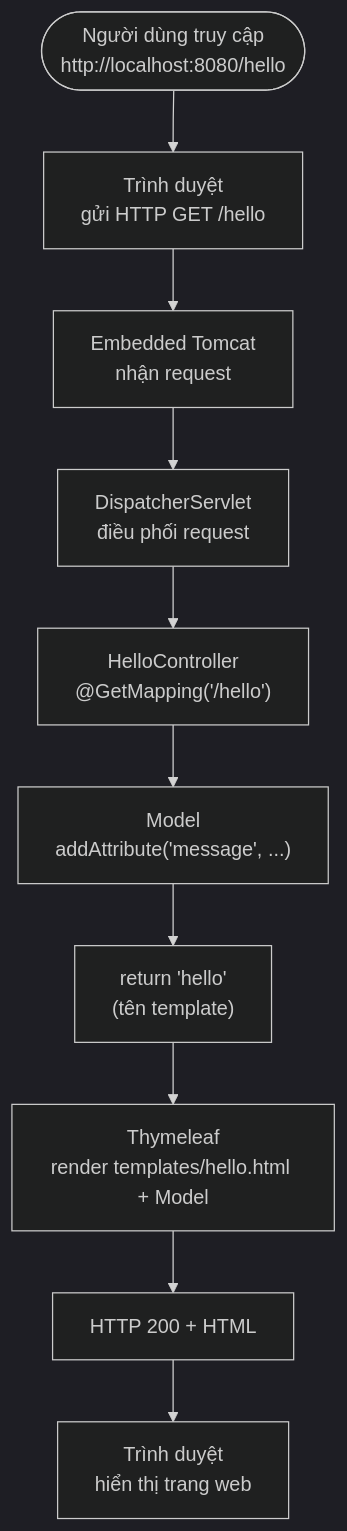
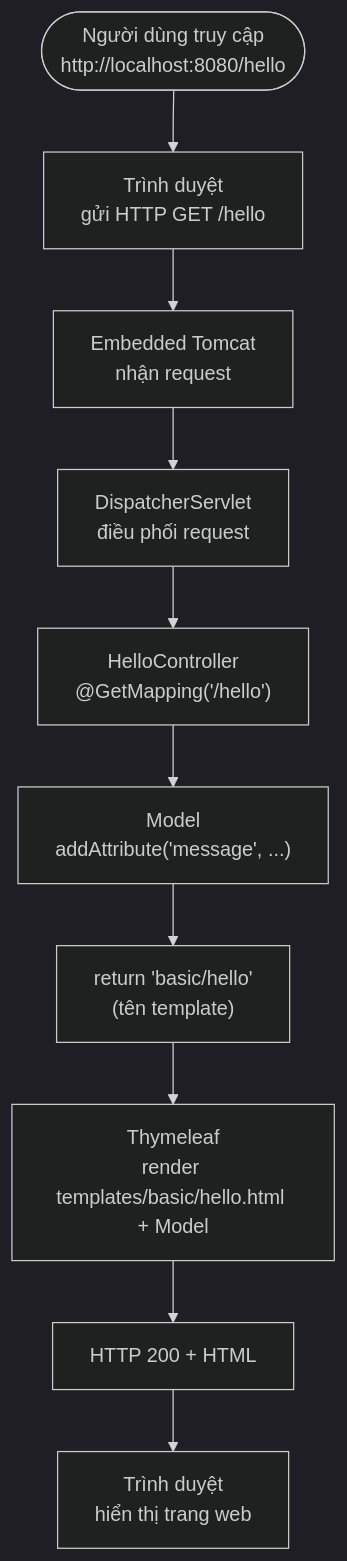
The diagram in syllabus/module-2/java_m2_bai4_SpringBoot.md (nguyenvudangkhoa189/t3h-ltv-java-module-2), drawn with Mermaid (dark theme) before and after one commit. The commit also changed other lines of this file and 16 other files, not shown here.

````diff
--- a/syllabus/module-2/java_m2_bai4_SpringBoot.md
+++ b/syllabus/module-2/java_m2_bai4_SpringBoot.md
@@ -208,12 +212,12 @@
 ```mermaid
 flowchart TD
     A(["Người dùng truy cập<br/>http://localhost:8080/hello"]) --> B["Trình duyệt<br/>gửi HTTP GET /hello"]
     B --> C["Embedded Tomcat<br/>nhận request"]
     C --> D["DispatcherServlet<br/>điều phối request"]
     D --> E["HelloController<br/>@GetMapping('/hello')"]
     E --> F["Model<br/>addAttribute('message', ...)"]
-    F --> G["return 'hello'<br/>(tên template)"]
-    G --> H["Thymeleaf<br/>render templates/hello.html + Model"]
+    F --> G["return 'basic/hello'<br/>(tên template)"]
+    G --> H["Thymeleaf<br/>render templates/basic/hello.html + Model"]
     H --> I["HTTP 200 + HTML"]
     I --> J["Trình duyệt<br/>hiển thị trang web"]
 ```
````
